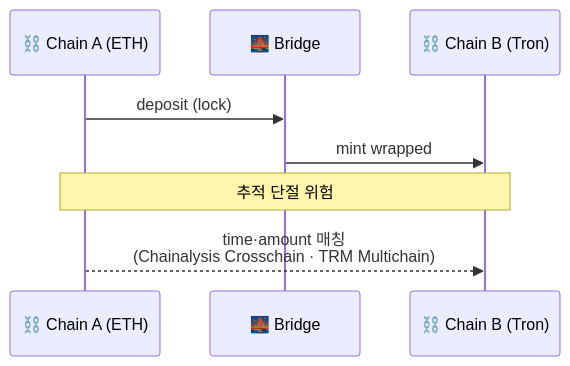
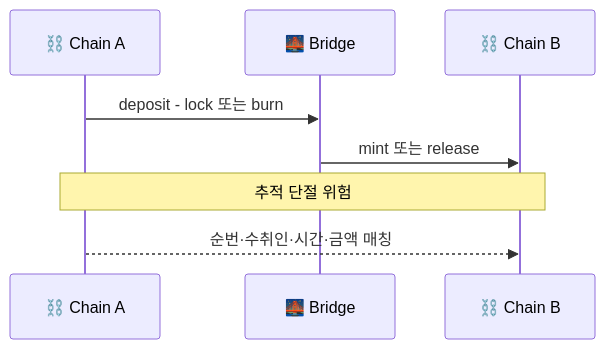
One commit to lala-david/aml-notes changed the first of 2 diagrams in curriculum/day_34.md. Above: the diagram before and after it, drawn with Mermaid. The commit also changed other lines of this file and 233 other files, not shown here.

````diff
--- a/curriculum/day_34.md
+++ b/curriculum/day_34.md
@@ -13,10 +13,10 @@
 ```mermaid
 sequenceDiagram
-    participant A as ⛓️ Chain A (ETH)
+    participant A as ⛓️ Chain A
     participant B as 🌉 Bridge
-    participant C as ⛓️ Chain B (Tron)
-    A->>B: deposit (lock)
-    B->>C: mint wrapped
+    participant C as ⛓️ Chain B
+    A->>B: deposit - lock 또는 burn
+    B->>C: mint 또는 release
     Note over A,C: 추적 단절 위험
-    A-->>C: time·amount 매칭<br/>(Chainalysis Crosschain · TRM Multichain)
+    A-->>C: 순번·수취인·시간·금액 매칭
 ```
````
